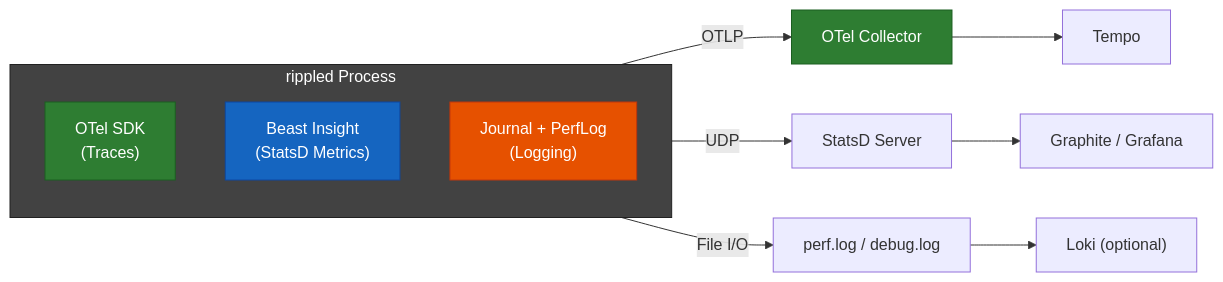
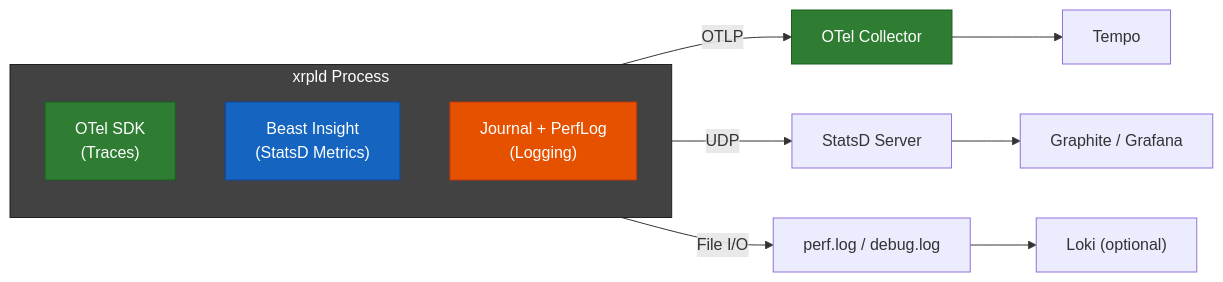
The second of 14 diagrams in OpenTelemetryPlan/presentation.md (XRPLF/rippled), drawn with Mermaid before and after one commit. The commit also changed other lines of this file and 10 other files, not shown here.

````diff
--- a/OpenTelemetryPlan/presentation.md
+++ b/OpenTelemetryPlan/presentation.md
@@ -66,23 +66,23 @@
 ```mermaid
 flowchart LR
-    subgraph rippled["rippled Process"]
+    subgraph xrpld["xrpld Process"]
         direction TB
         OTel["OTel SDK<br/>(Traces)"]
         Insight["Beast Insight<br/>(StatsD Metrics)"]
         Journal["Journal + PerfLog<br/>(Logging)"]
     end
 
     OTel -->|"OTLP"| Collector["OTel Collector"]
     Insight -->|"UDP"| StatsD["StatsD Server"]
     Journal -->|"File I/O"| LogFile["perf.log / debug.log"]
 
     Collector --> Tempo["Tempo"]
     StatsD --> Graphite["Graphite / Grafana"]
     LogFile --> Loki["Loki (optional)"]
 
-    style rippled fill:#424242,stroke:#212121,color:#fff
+    style xrpld fill:#424242,stroke:#212121,color:#fff
     style OTel fill:#2e7d32,stroke:#1b5e20,color:#fff
     style Insight fill:#1565c0,stroke:#0d47a1,color:#fff
     style Journal fill:#e65100,stroke:#bf360c,color:#fff
     style Collector fill:#2e7d32,stroke:#1b5e20,color:#fff
 ```
````
